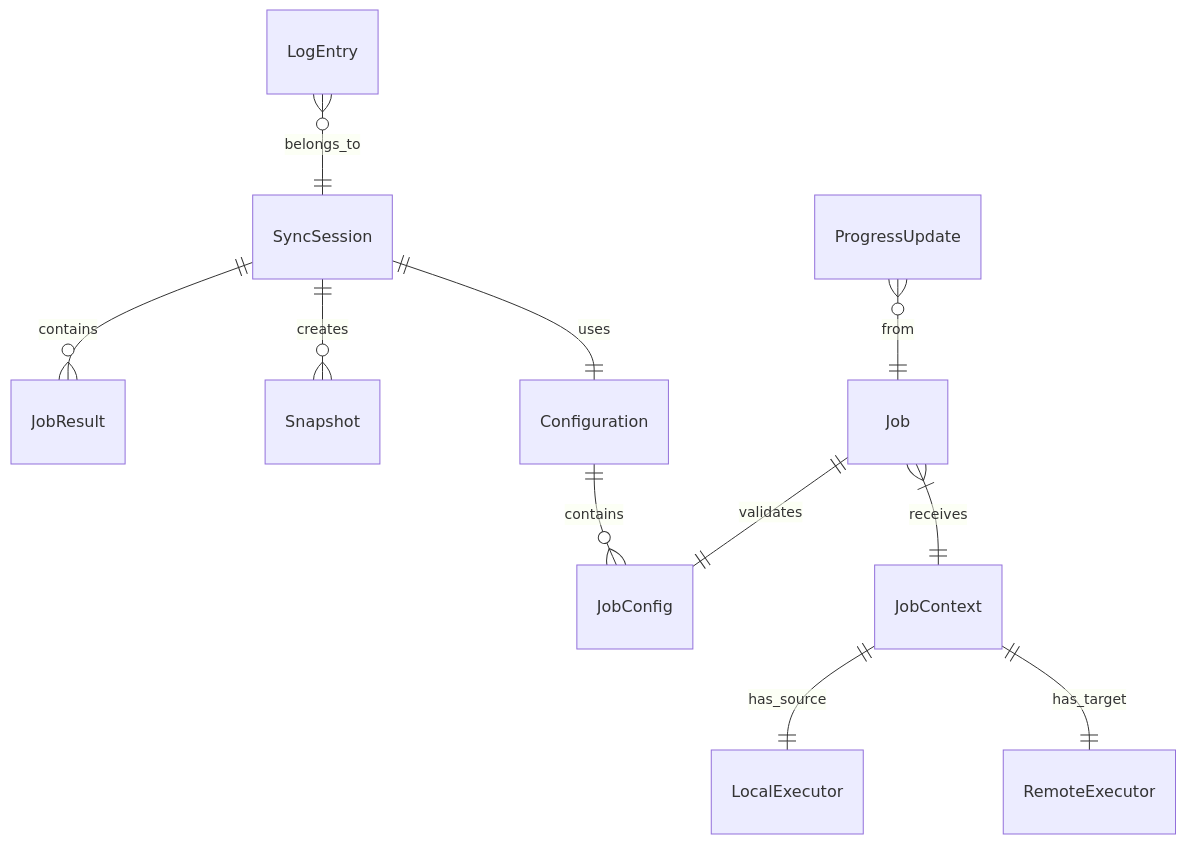
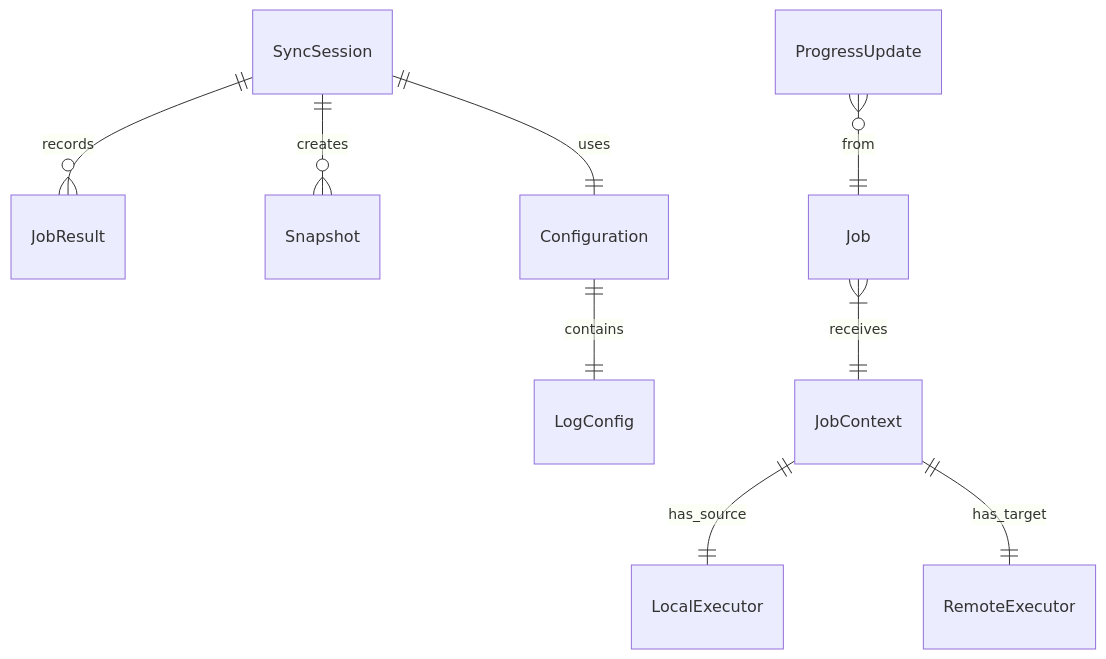
The diagram in docs/system/data-model.md (flaksit/pc-switcher), drawn with Mermaid before and after one commit. The commit also changed other lines of this file and 2 other files, not shown here.

First line of the commit message:
docs(system): the data model, the log and the suite say what the code does

````diff
--- a/docs/system/data-model.md
+++ b/docs/system/data-model.md
@@ -14,13 +14,11 @@
 ```mermaid
 erDiagram
-    SyncSession ||--o{ JobResult : contains
+    SyncSession ||--o{ JobResult : records
     SyncSession ||--o{ Snapshot : creates
     SyncSession ||--|| Configuration : uses
-    Configuration ||--o{ JobConfig : contains
-    Job ||--|| JobConfig : validates
+    Configuration ||--|| LogConfig : contains
     Job }|--|| JobContext : receives
     JobContext ||--|| LocalExecutor : has_source
     JobContext ||--|| RemoteExecutor : has_target
-    LogEntry }o--|| SyncSession : belongs_to
     ProgressUpdate }o--|| Job : from
 ```
````
